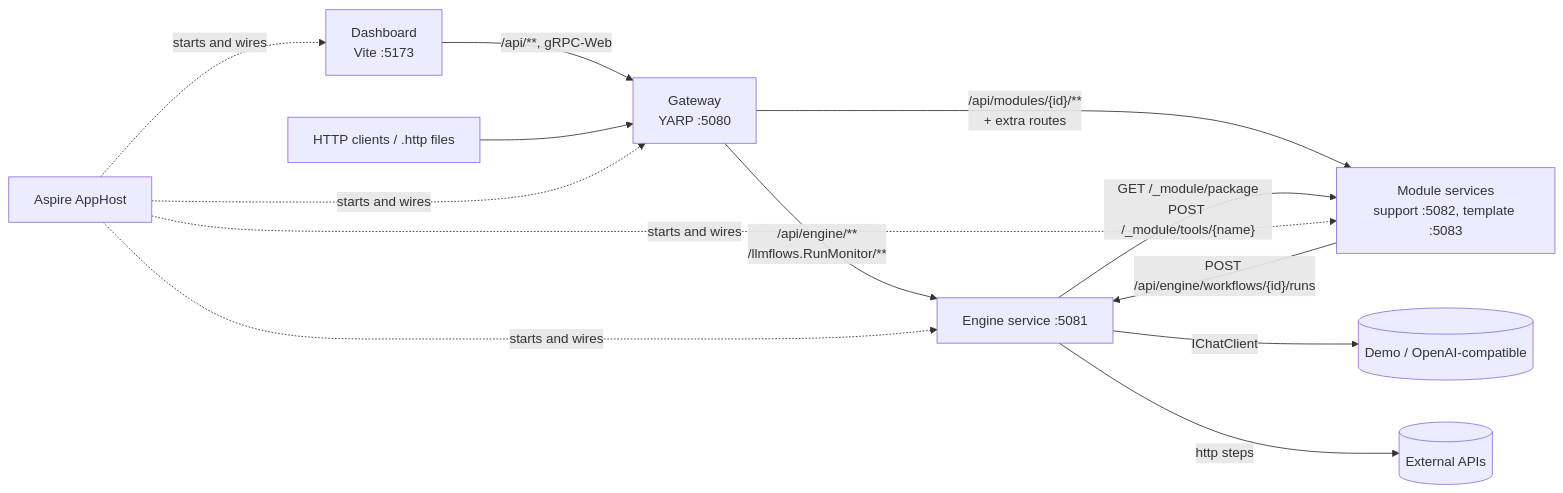
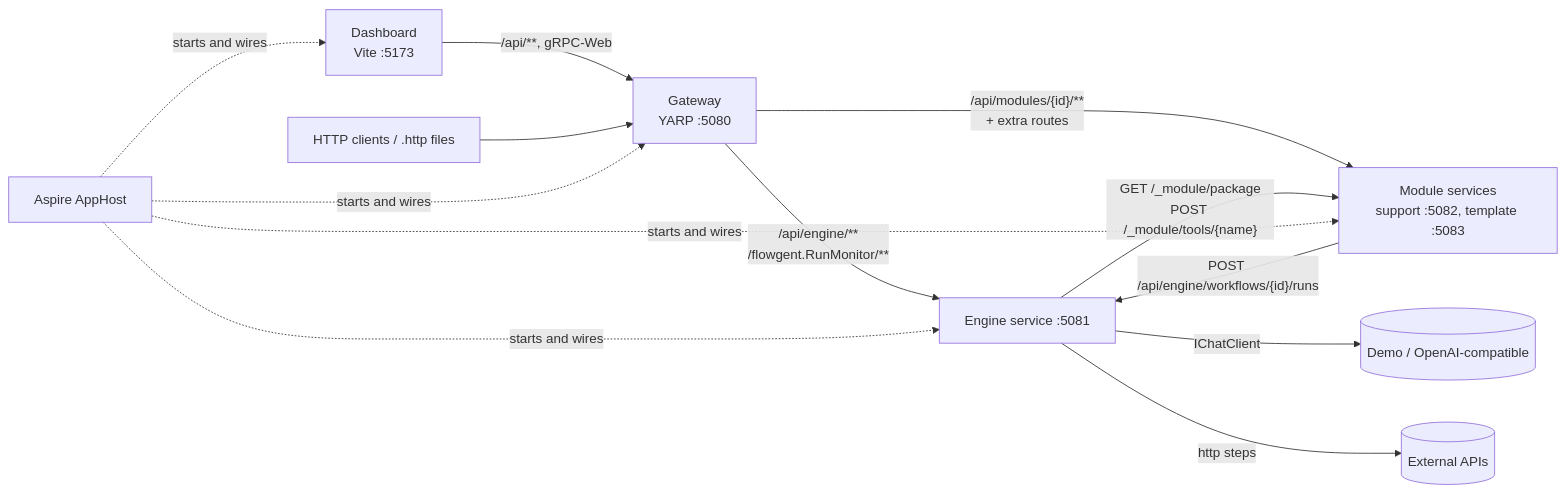
Before and after one commit to GabrieleTronchin/AiSupportWorkflow: the first of 2 diagrams in docs/architecture.md, drawn with Mermaid. The commit also changed other lines of this file and 279 other files, not shown here.

First line of the commit message:
Rename LlmFlows to Flowgent across backend, dashboard, docs and config

````diff
--- a/docs/architecture.md
+++ b/docs/architecture.md
@@ -9,12 +9,12 @@
 ```mermaid
 graph LR
     Browser[Dashboard<br/>Vite :5173] -->|/api/**, gRPC-Web| GW[Gateway<br/>YARP :5080]
     Client[HTTP clients / .http files] --> GW
-    GW -->|"/api/engine/**<br/>/llmflows.RunMonitor/**"| ENG[Engine service :5081]
+    GW -->|"/api/engine/**<br/>/flowgent.RunMonitor/**"| ENG[Engine service :5081]
     GW -->|"/api/modules/{id}/**<br/>+ extra routes"| MOD[Module services<br/>support :5082, template :5083]
     ENG -->|"GET /_module/package<br/>POST /_module/tools/{name}"| MOD
     MOD -->|"POST /api/engine/workflows/{id}/runs"| ENG
     ENG -->|IChatClient| LLM[(Demo / OpenAI-compatible)]
     ENG -->|http steps| EXT[(External APIs)]
     HOST[Aspire AppHost] -. starts and wires .-> GW & ENG & MOD & Browser
 ```
````
